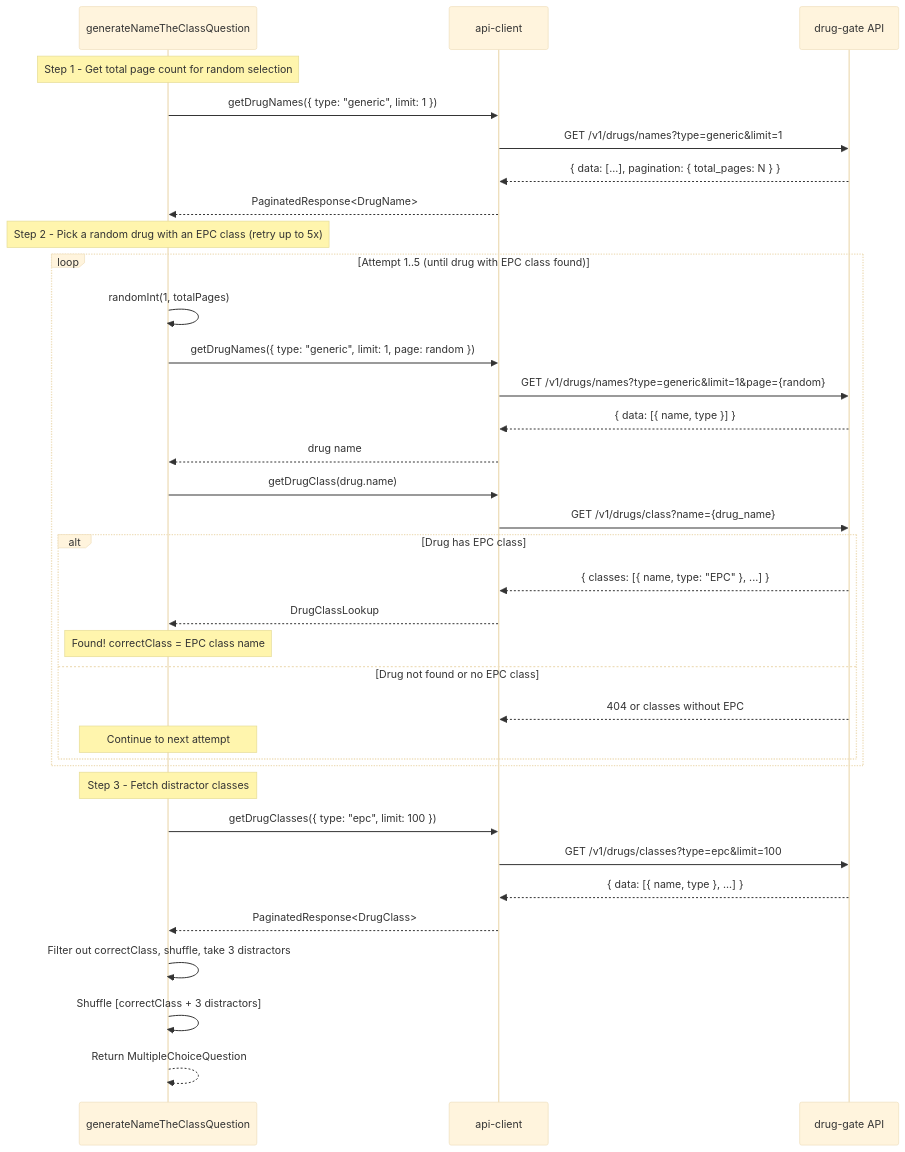
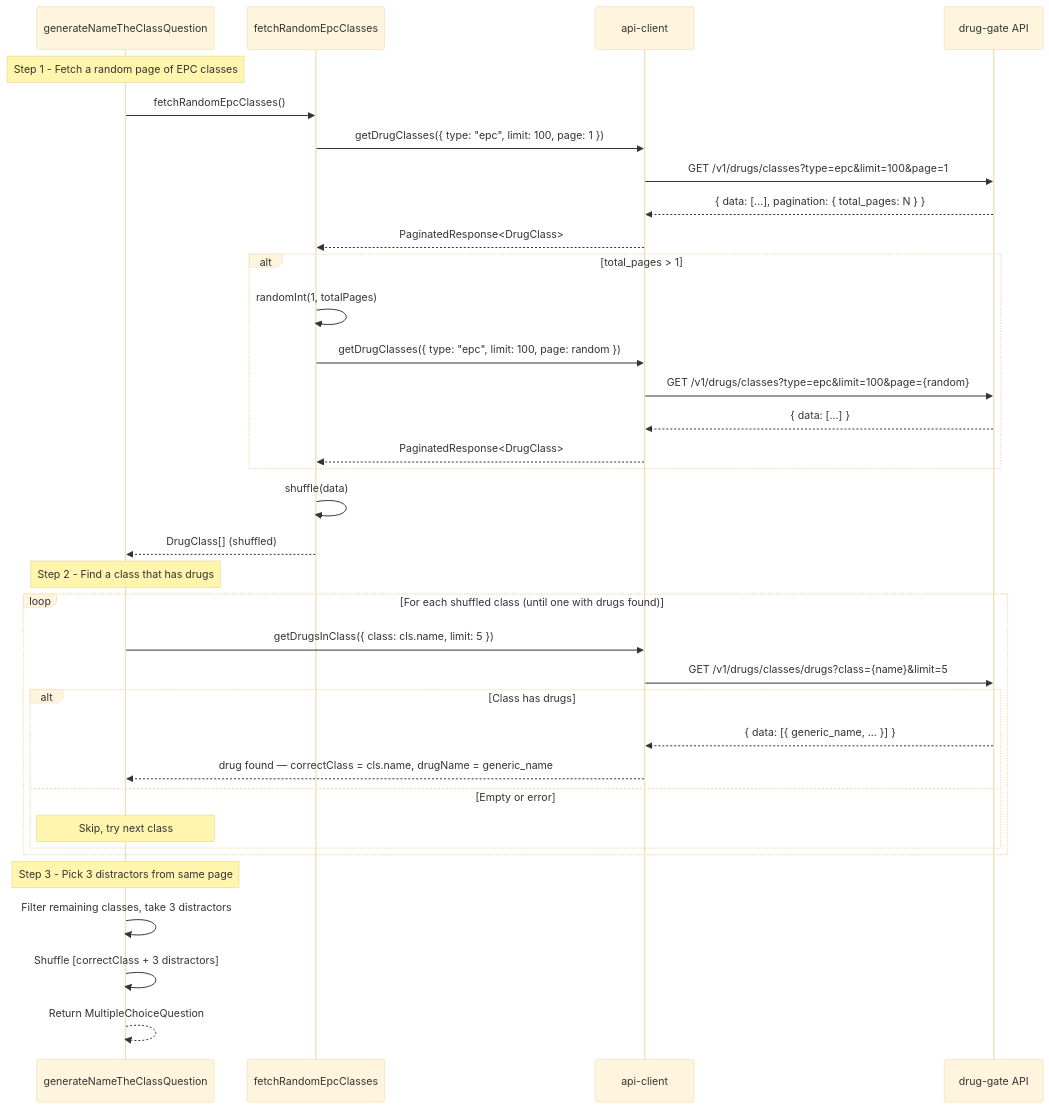
One commit to finish06/drugs-quiz changed the second of 5 diagrams in docs/sequence-diagram.md. Above: the diagram before and after it, drawn with Mermaid (base theme). The commit also changed other lines of this file and 2 other files, not shown here.

First line of the commit message:
docs: update sequence diagrams for pagination-aware generators

````diff
--- a/docs/sequence-diagram.md
+++ b/docs/sequence-diagram.md
@@ -65,42 +65,41 @@
 ```mermaid
 sequenceDiagram
     participant Gen as generateNameTheClassQuestion
+    participant Fetch as fetchRandomEpcClasses
     participant API as api-client
     participant DrugGate as drug-gate API
 
-    Note over Gen: Step 1 - Get total page count for random selection
-    Gen->>API: getDrugNames({ type: "generic", limit: 1 })
-    API->>DrugGate: GET /v1/drugs/names?type=generic&limit=1
+    Note over Gen: Step 1 - Fetch a random page of EPC classes
+    Gen->>Fetch: fetchRandomEpcClasses()
+    Fetch->>API: getDrugClasses({ type: "epc", limit: 100, page: 1 })
+    API->>DrugGate: GET /v1/drugs/classes?type=epc&limit=100&page=1
     DrugGate-->>API: { data: [...], pagination: { total_pages: N } }
-    API-->>Gen: PaginatedResponse<DrugName>
+    API-->>Fetch: PaginatedResponse<DrugClass>
 
-    Note over Gen: Step 2 - Pick a random drug with an EPC class (retry up to 5x)
-    loop Attempt 1..5 (until drug with EPC class found)
-        Gen->>Gen: randomInt(1, totalPages)
-        Gen->>API: getDrugNames({ type: "generic", limit: 1, page: random })
-        API->>DrugGate: GET /v1/drugs/names?type=generic&limit=1&page={random}
-        DrugGate-->>API: { data: [{ name, type }] }
-        API-->>Gen: drug name
+    alt total_pages > 1
+        Fetch->>Fetch: randomInt(1, totalPages)
+        Fetch->>API: getDrugClasses({ type: "epc", limit: 100, page: random })
+        API->>DrugGate: GET /v1/drugs/classes?type=epc&limit=100&page={random}
+        DrugGate-->>API: { data: [...] }
+        API-->>Fetch: PaginatedResponse<DrugClass>
+    end
+    Fetch->>Fetch: shuffle(data)
+    Fetch-->>Gen: DrugClass[] (shuffled)
 
-        Gen->>API: getDrugClass(drug.name)
-        API->>DrugGate: GET /v1/drugs/class?name={drug_name}
-        alt Drug has EPC class
-            DrugGate-->>API: { classes: [{ name, type: "EPC" }, ...] }
-            API-->>Gen: DrugClassLookup
-            Note over Gen: Found! correctClass = EPC class name
-        else Drug not found or no EPC class
-            DrugGate-->>API: 404 or classes without EPC
-            Note over Gen: Continue to next attempt
+    Note over Gen: Step 2 - Find a class that has drugs
+    loop For each shuffled class (until one with drugs found)
+        Gen->>API: getDrugsInClass({ class: cls.name, limit: 5 })
+        API->>DrugGate: GET /v1/drugs/classes/drugs?class={name}&limit=5
+        alt Class has drugs
+            DrugGate-->>API: { data: [{ generic_name, ... }] }
+            API-->>Gen: drug found — correctClass = cls.name, drugName = generic_name
+        else Empty or error
+            Note over Gen: Skip, try next class
         end
     end
 
-    Note over Gen: Step 3 - Fetch distractor classes
-    Gen->>API: getDrugClasses({ type: "epc", limit: 100 })
-    API->>DrugGate: GET /v1/drugs/classes?type=epc&limit=100
-    DrugGate-->>API: { data: [{ name, type }, ...] }
-    API-->>Gen: PaginatedResponse<DrugClass>
-
-    Gen->>Gen: Filter out correctClass, shuffle, take 3 distractors
+    Note over Gen: Step 3 - Pick 3 distractors from same page
+    Gen->>Gen: Filter remaining classes, take 3 distractors
     Gen->>Gen: Shuffle [correctClass + 3 distractors]
     Gen-->>Gen: Return MultipleChoiceQuestion
 ```
````
